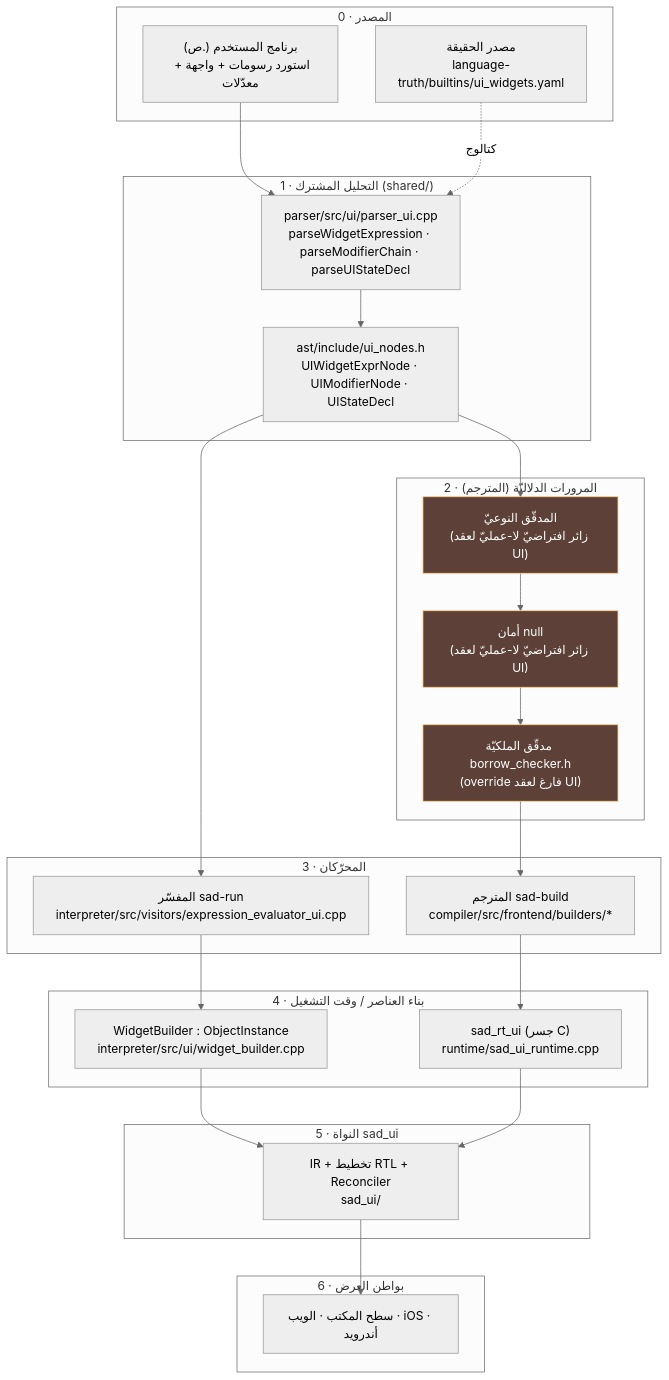
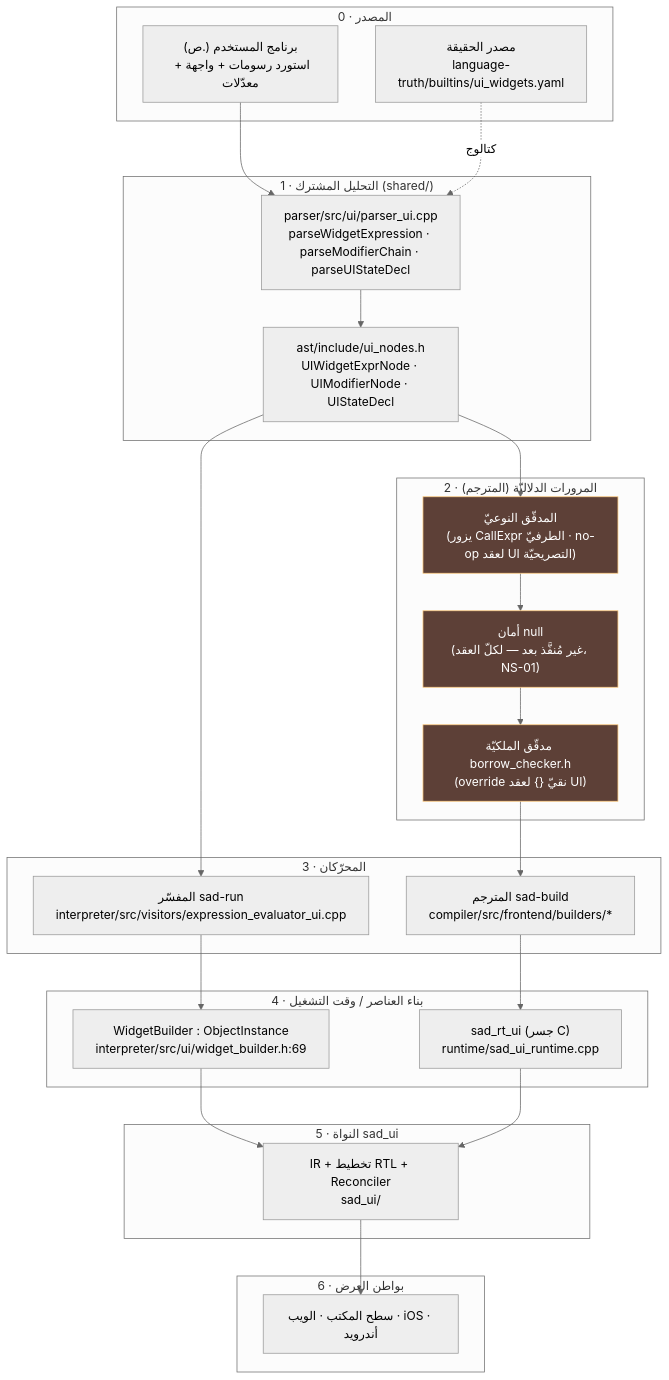
Before and after one commit to sadlang/sadlang-planning: the first of 5 diagrams in projects/graphics-sadui/reports/تقرير-مسار-الكود-والالتزام.md, drawn with Mermaid (neutral theme). The commit also changed other lines of this file, not shown here.

First line of the commit message:
graphics-sadui: مراجعة Amelia لتقرير مسار الكود — تصحيحات دقّة جوهريّة

````diff
--- a/projects/graphics-sadui/reports/تقرير-مسار-الكود-والالتزام.md
+++ b/projects/graphics-sadui/reports/تقرير-مسار-الكود-والالتزام.md
@@ -13,51 +13,51 @@
 ```mermaid
 flowchart TD
     subgraph L0["0 · المصدر"]
         SRC["برنامج المستخدم (.ص)\nاستورد رسومات + واجهة + معدّلات"]
         SOT["مصدر الحقيقة\nlanguage-truth/builtins/ui_widgets.yaml"]
     end
 
     subgraph L1["1 · التحليل المشترك (shared/)"]
         PARSE["parser/src/ui/parser_ui.cpp\nparseWidgetExpression · parseModifierChain · parseUIStateDecl"]
         AST["ast/include/ui_nodes.h\nUIWidgetExprNode · UIModifierNode · UIStateDecl"]
     end
 
     subgraph L2["2 · المرورات الدلاليّة (المترجم)"]
-        TC["المدقّق النوعيّ\n(زائر افتراضيّ لا-عمليّ لعقد UI)"]
-        NS["أمان null\n(زائر افتراضيّ لا-عمليّ لعقد UI)"]
-        BC["مدقّق الملكيّة borrow_checker.h\n(override فارغ لعقد UI)"]
+        TC["المدقّق النوعيّ\n(يزور CallExpr الطرفيّ · no-op لعقد UI التصريحيّة)"]
+        NS["أمان null\n(غير مُنفَّذ بعد — لكلّ العقد، NS-01)"]
+        BC["مدقّق الملكيّة borrow_checker.h\n(override نقيّ {} لعقد UI)"]
     end
 
     subgraph L3["3 · المحرّكان"]
         INT["المفسّر sad-run\ninterpreter/src/visitors/expression_evaluator_ui.cpp"]
         COMP["المترجم sad-build\ncompiler/src/frontend/builders/*"]
     end
 
     subgraph L4["4 · بناء العناصر / وقت التشغيل"]
-        WB["WidgetBuilder : ObjectInstance\ninterpreter/src/ui/widget_builder.cpp"]
+        WB["WidgetBuilder : ObjectInstance\ninterpreter/src/ui/widget_builder.h:69"]
         RT["sad_rt_ui (جسر C)\nruntime/sad_ui_runtime.cpp"]
     end
 
     subgraph L5["5 · النواة sad_ui"]
         CORE["IR + تخطيط RTL + Reconciler\nsad_ui/"]
     end
 
     subgraph L6["6 · بواطن العرض"]
         BK["سطح المكتب · الويب · iOS · أندرويد"]
     end
 
     SRC --> PARSE
     SOT -. كتالوج .-> PARSE
     PARSE --> AST
     AST --> TC --> NS --> BC
     AST --> INT
     BC --> COMP
     INT --> WB
     COMP --> RT
     WB --> CORE
     RT --> CORE
     CORE --> BK
 
     classDef noop fill:#5d4037,stroke:#ffcc80,color:#fff;
     class TC,NS,BC noop;
 ```
````
